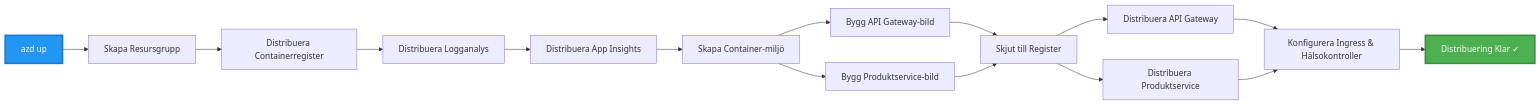
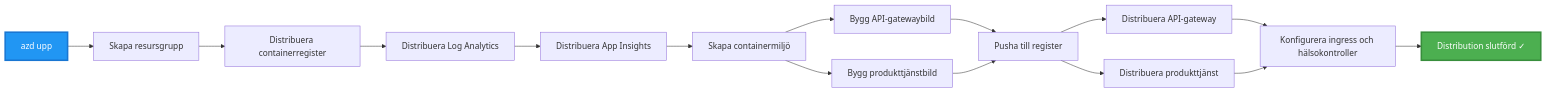
The third of 4 diagrams in translations/sv/examples/microservices/README.md (microsoft/AZD-for-beginners), drawn with Mermaid before and after one commit. The commit also changed other lines of this file and 242 other files, not shown here.

````diff
--- a/translations/sv/examples/microservices/README.md
+++ b/translations/sv/examples/microservices/README.md
@@ -242,20 +233,20 @@
 ```mermaid
 graph LR
-    A[azd up] --> B[Skapa Resursgrupp]
-    B --> C[Distribuera Containerregister]
-    C --> D[Distribuera Logganalys]
+    A[azd upp] --> B[Skapa resursgrupp]
+    B --> C[Distribuera containerregister]
+    C --> D[Distribuera Log Analytics]
     D --> E[Distribuera App Insights]
-    E --> F[Skapa Container-miljö]
-    F --> G[Bygg API Gateway-bild]
-    F --> H[Bygg Produktservice-bild]
-    G --> I[Skjut till Register]
+    E --> F[Skapa containermiljö]
+    F --> G[Bygg API-gatewaybild]
+    F --> H[Bygg produkttjänstbild]
+    G --> I[Pusha till register]
     H --> I
-    I --> J[Distribuera API Gateway]
-    I --> K[Distribuera Produktservice]
-    J --> L[Konfigurera Ingress & Hälsokontroller]
+    I --> J[Distribuera API-gateway]
+    I --> K[Distribuera produkttjänst]
+    J --> L[Konfigurera ingress och hälsokontroller]
     K --> L
-    L --> M[Distribuering Klar ✓]
+    L --> M[Distribution slutförd ✓]
     
     style A fill:#2196F3,stroke:#1976D2,stroke-width:3px,color:#fff
     style M fill:#4CAF50,stroke:#388E3C,stroke-width:3px,color:#fff
 ```
````
